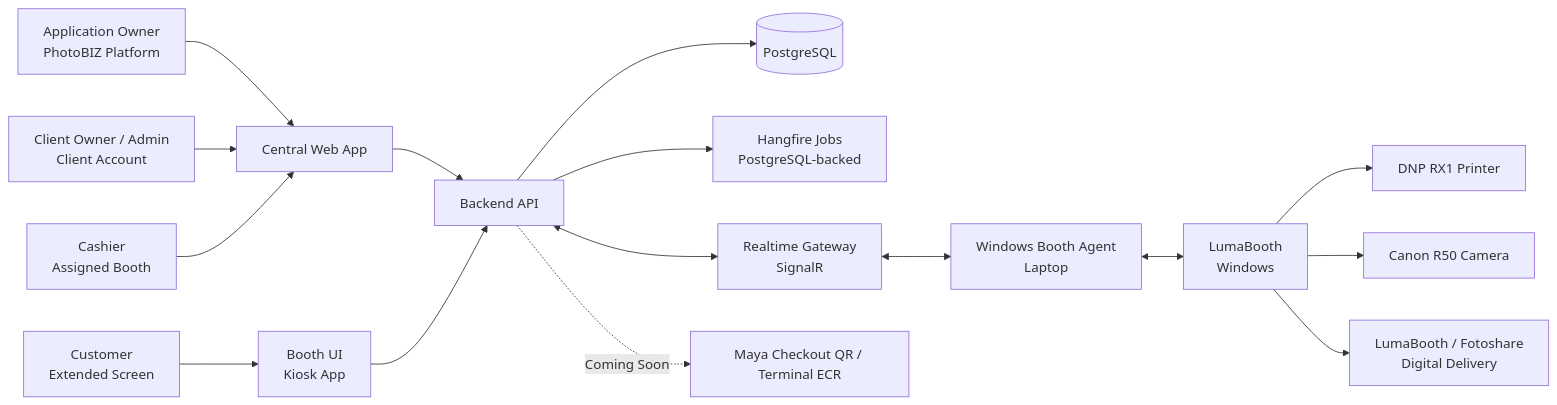
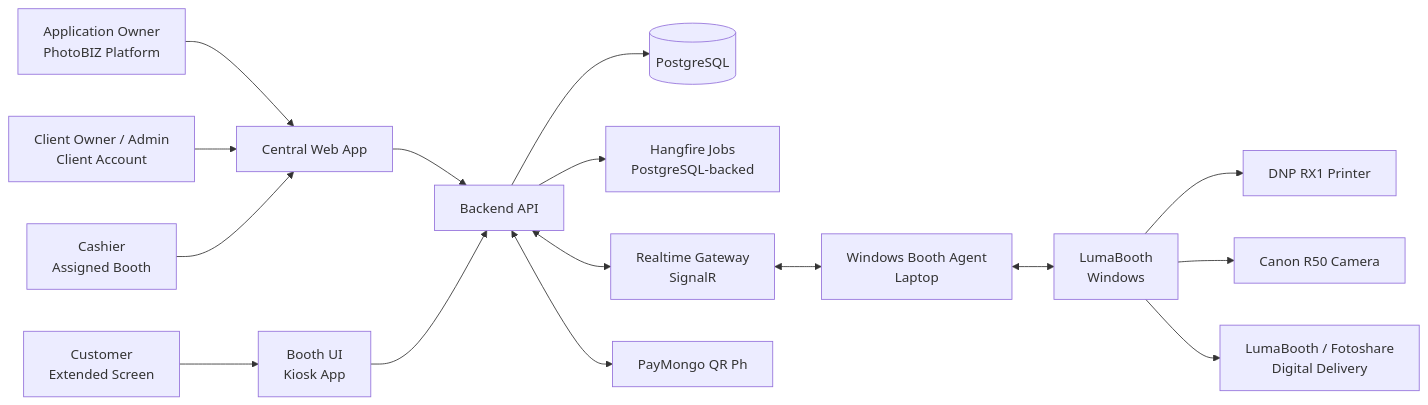
Before and after one commit to quinjan/PhotoBIZ: the first of 9 diagrams in docs/ARCHITECTURE.md, drawn with Mermaid. The commit also changed other lines of this file and 76 other files, not shown here.

````diff
--- a/docs/ARCHITECTURE.md
+++ b/docs/ARCHITECTURE.md
@@ -19,22 +19,22 @@
 ```mermaid
 flowchart LR
   AppOwner["Application Owner<br/>PhotoBIZ Platform"] --> AdminWeb["Central Web App"]
   ClientOwner["Client Owner / Admin<br/>Client Account"] --> AdminWeb
   Cashier["Cashier<br/>Assigned Booth"] --> AdminWeb
   Customer["Customer<br/>Extended Screen"] --> BoothUI["Booth UI<br/>Kiosk App"]
 
   AdminWeb --> API["Backend API"]
   BoothUI --> API
 
   API --> DB[("PostgreSQL")]
   API --> Jobs["Hangfire Jobs<br/>PostgreSQL-backed"]
   API <--> Realtime["Realtime Gateway<br/>SignalR"]
   Realtime <--> Agent["Windows Booth Agent<br/>Laptop"]
 
   Agent <--> Luma["LumaBooth<br/>Windows"]
   Luma --> Printer["DNP RX1 Printer"]
   Luma --> Camera["Canon R50 Camera"]
   Luma --> Fotoshare["LumaBooth / Fotoshare<br/>Digital Delivery"]
 
-  API -. "Coming Soon" .-> Maya["Maya Checkout QR / Terminal ECR"]
+  API <--> PayMongo["PayMongo QR Ph"]
 ```
````
